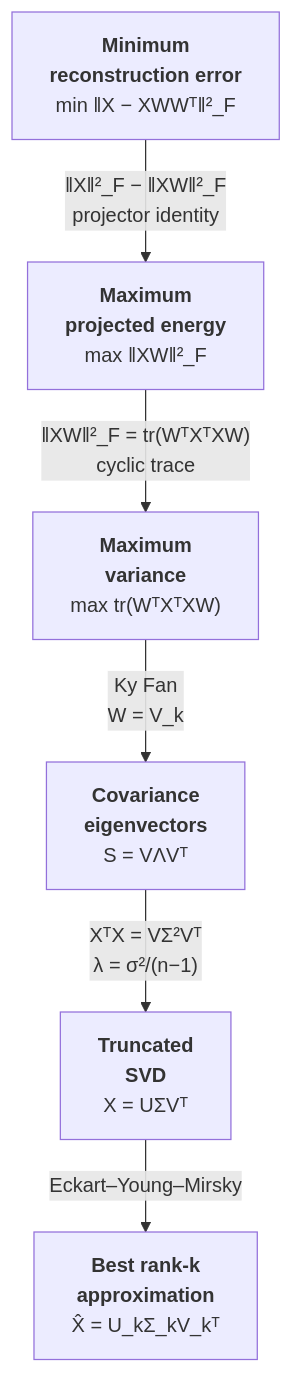
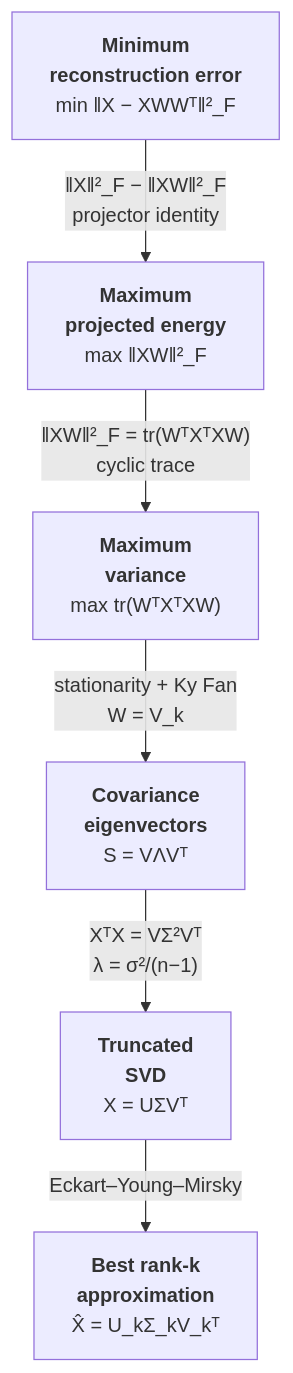
One commit to project-delphi/ml-blog changed the diagram in posts/six-views-of-pca/index.qmd. Above: the diagram before and after it, drawn with Mermaid. The commit also changed other lines of this file and 11 other files, not shown here.

````diff
--- a/posts/six-views-of-pca/index.qmd
+++ b/posts/six-views-of-pca/index.qmd
@@ -401,16 +460,16 @@
 ```{mermaid}
 %%| label: fig-map
 %%| fig-cap: "The six views and the identity joining each pair. Views 1 to 3 are one objective in three notations; views 5 and 6 are routes to its solution; view 4 is the same optimum read as a statement about matrices."
 flowchart TD
   R["<b>Minimum<br/>reconstruction error</b><br/>min ‖X − XWWᵀ‖²_F"]
   E["<b>Maximum<br/>projected energy</b><br/>max ‖XW‖²_F"]
   V["<b>Maximum<br/>variance</b><br/>max tr(WᵀXᵀXW)"]
   G["<b>Covariance<br/>eigenvectors</b><br/>S = VΛVᵀ"]
   D["<b>Truncated<br/>SVD</b><br/>X = UΣVᵀ"]
   L["<b>Best rank-k<br/>approximation</b><br/>X̂ = U_kΣ_kV_kᵀ"]
   R -->|"‖X‖²_F − ‖XW‖²_F<br/>projector identity"| E
   E -->|"‖XW‖²_F = tr(WᵀXᵀXW)<br/>cyclic trace"| V
-  V -->|"Ky Fan<br/>W = V_k"| G
+  V -->|"stationarity + Ky Fan<br/>W = V_k"| G
   G -->|"XᵀX = VΣ²Vᵀ<br/>λ = σ²/(n−1)"| D
   D -->|"Eckart–Young–Mirsky"| L
 ```
````
